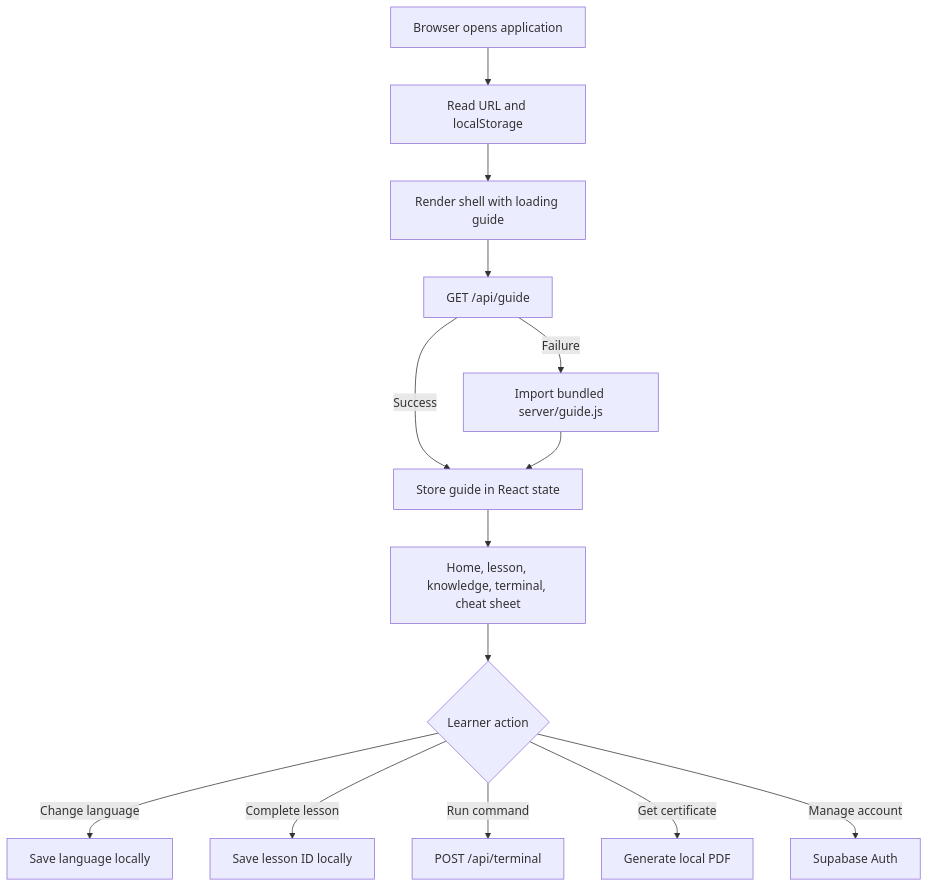
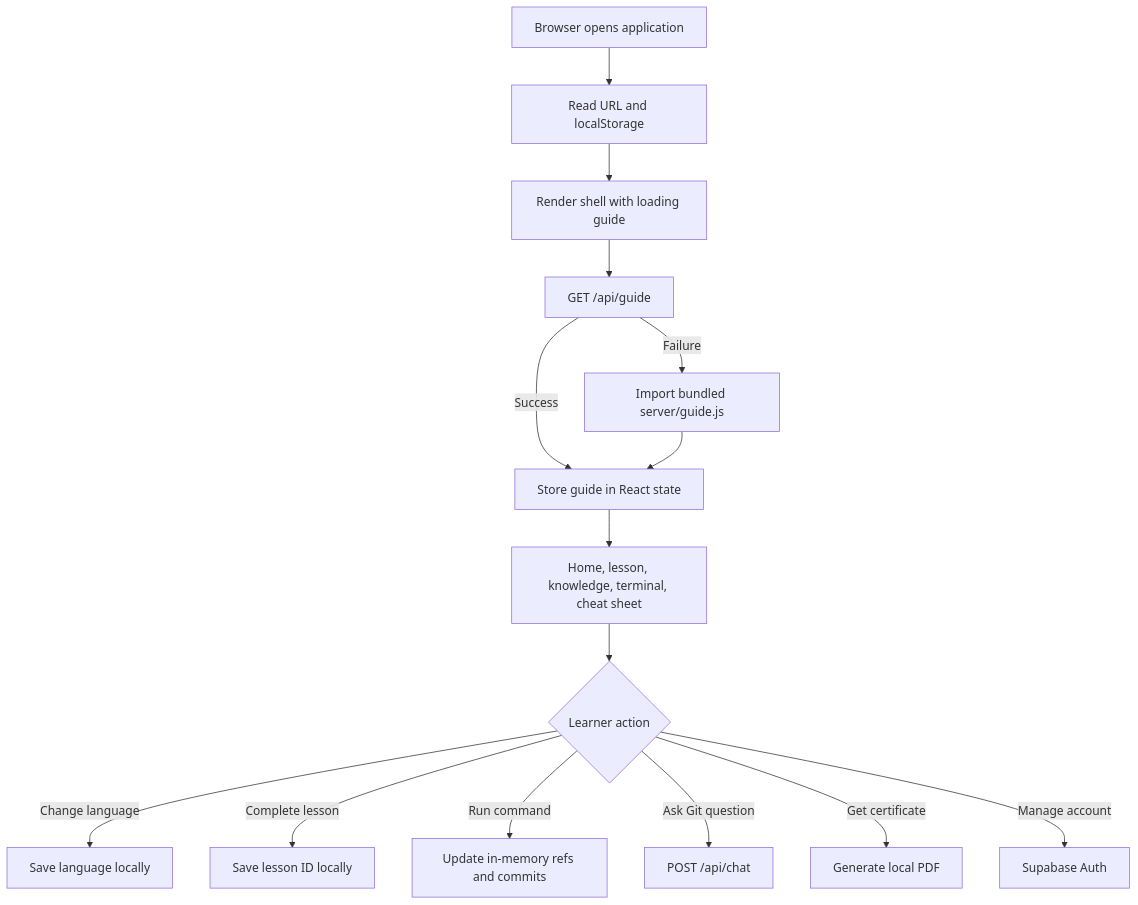
Before and after one commit to MoriartyLink/git-guide: the fourth of 9 diagrams in docs/ARCHITECTURE.md, drawn with Mermaid. The commit also changed other lines of this file and 26 other files, not shown here.

````diff
--- a/docs/ARCHITECTURE.md
+++ b/docs/ARCHITECTURE.md
@@ -90,16 +99,17 @@
 ```mermaid
 flowchart TD
     Start["Browser opens application"] --> Init["Read URL and localStorage"]
     Init --> Render["Render shell with loading guide"]
     Render --> Request["GET /api/guide"]
     Request -->|Success| GuideState["Store guide in React state"]
     Request -->|Failure| Fallback["Import bundled server/guide.js"]
     Fallback --> GuideState
     GuideState --> Views["Home, lesson, knowledge, terminal, cheat sheet"]
     Views --> Action{"Learner action"}
     Action -->|Change language| SaveLanguage["Save language locally"]
     Action -->|Complete lesson| SaveProgress["Save lesson ID locally"]
-    Action -->|Run command| TerminalAPI["POST /api/terminal"]
+    Action -->|Run command| GitEngine["Update in-memory refs and commits"]
+    Action -->|Ask Git question| ChatAPI["POST /api/chat"]
     Action -->|Get certificate| PDF["Generate local PDF"]
     Action -->|Manage account| Auth["Supabase Auth"]
 ```
````
